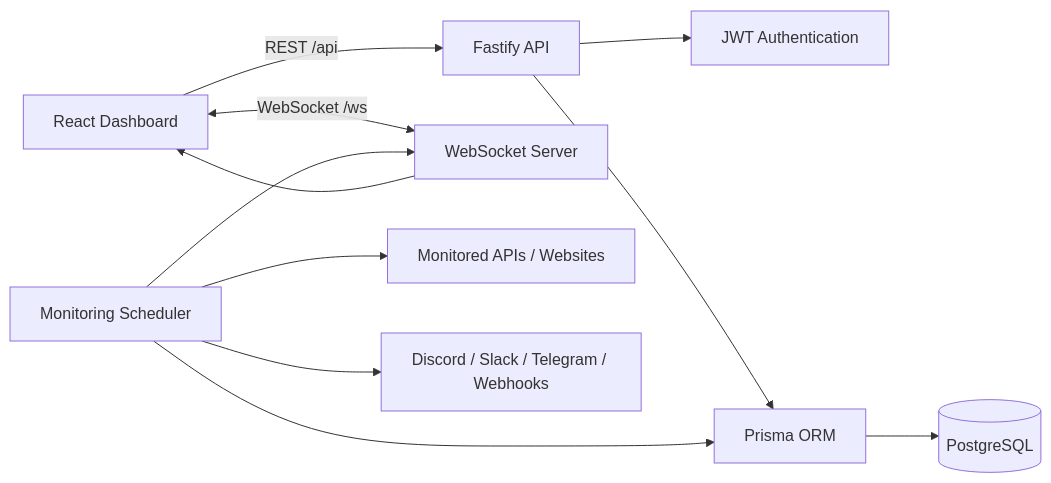
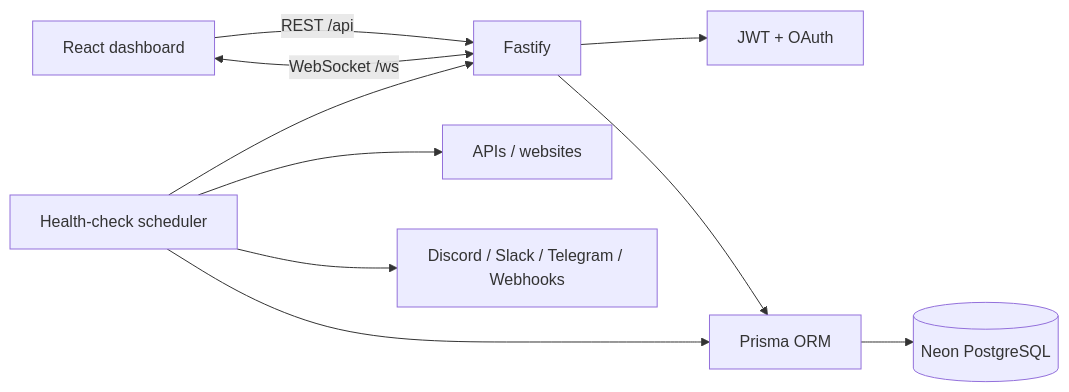
One commit to kmanisk/sentinel changed the diagram in README.md. Above: the diagram before and after it, drawn with Mermaid. The commit also changed other lines of this file and 14 other files, not shown here.

Commit message:
feat: revamp dashboard UI and add OAuth providers

````diff
--- a/README.md
+++ b/README.md
@@ -41,16 +63,12 @@
 ```mermaid
 flowchart LR
-    Browser[React Dashboard] -->|REST /api| API[Fastify API]
-    Browser <-->|WebSocket /ws| WS[WebSocket Server]
-
-    API --> Auth[JWT Authentication]
+    Browser[React dashboard] -->|REST /api| API[Fastify]
+    Browser <-->|WebSocket /ws| API
+    API --> Auth[JWT + OAuth]
     API --> Prisma[Prisma ORM]
-    WS --> Browser
-
-    Scheduler[Monitoring Scheduler] --> Targets[Monitored APIs / Websites]
+    Prisma --> DB[(Neon PostgreSQL)]
+    Scheduler[Health-check scheduler] --> Targets[APIs / websites]
     Scheduler --> Prisma
-    Scheduler --> WS
+    Scheduler --> API
     Scheduler --> Alerts[Discord / Slack / Telegram / Webhooks]
-
-    Prisma --> DB[(PostgreSQL)]
 ```
````
